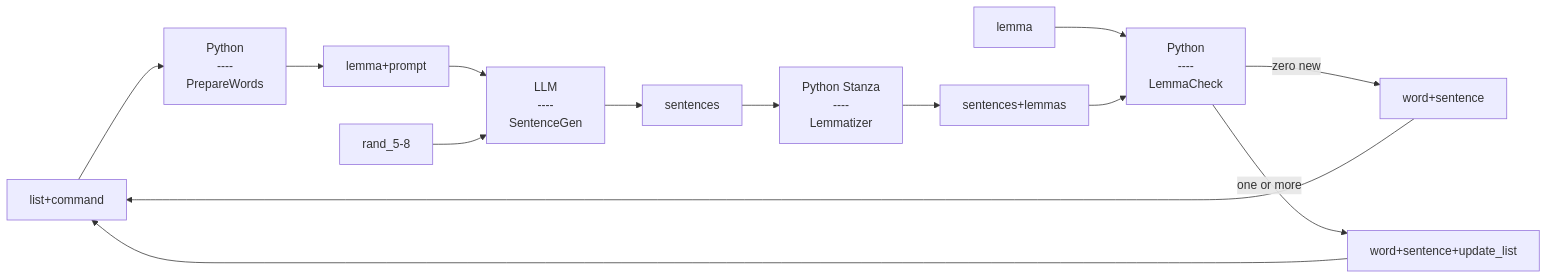
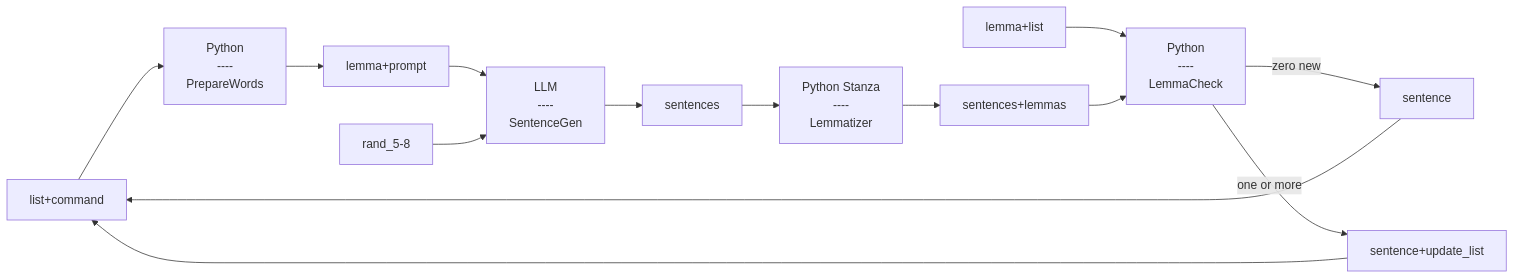
The diagram in README.md (A7med205/N-plus-1-Sentence-Generator), drawn with Mermaid before and after one commit. The commit also changed other lines of this file and 1 other file, not shown here.

````diff
--- a/README.md
+++ b/README.md
@@ -14,22 +32,22 @@
 ```mermaid
 graph LR
   %% Prepare words from list
   list+command --> Python1[Python<br>----<br>PrepareWords]
   --> lemma+prompt
 
-  %% Genrate sentences with from lemma
+  %% Generate sentences from lemma
   lemma+prompt --> LLM[LLM<br>----<br>SentenceGen]
   --> sentences
   rand_5-8 --> LLM
 
   %% Lemmatize sentences
   sentences --> Lemmatizer[Python Stanza<br>----<br>Lemmatizer]
   --> sentences+lemmas
   
   %% Select sentence with fewest new lemmas and update
-  lemma --> Python2[Python<br>----<br>LemmaCheck]
+  lemma+list --> Python2[Python<br>----<br>LemmaCheck]
   sentences+lemmas --> Python2
-  --> |zero new| word+sentence
+  --> |zero new| sentence
   --> list+command
-  Python2 -->|one or more| word+sentence+update_list --> list+command
+  Python2 -->|one or more| sentence+update_list --> list+command
 ```
````
